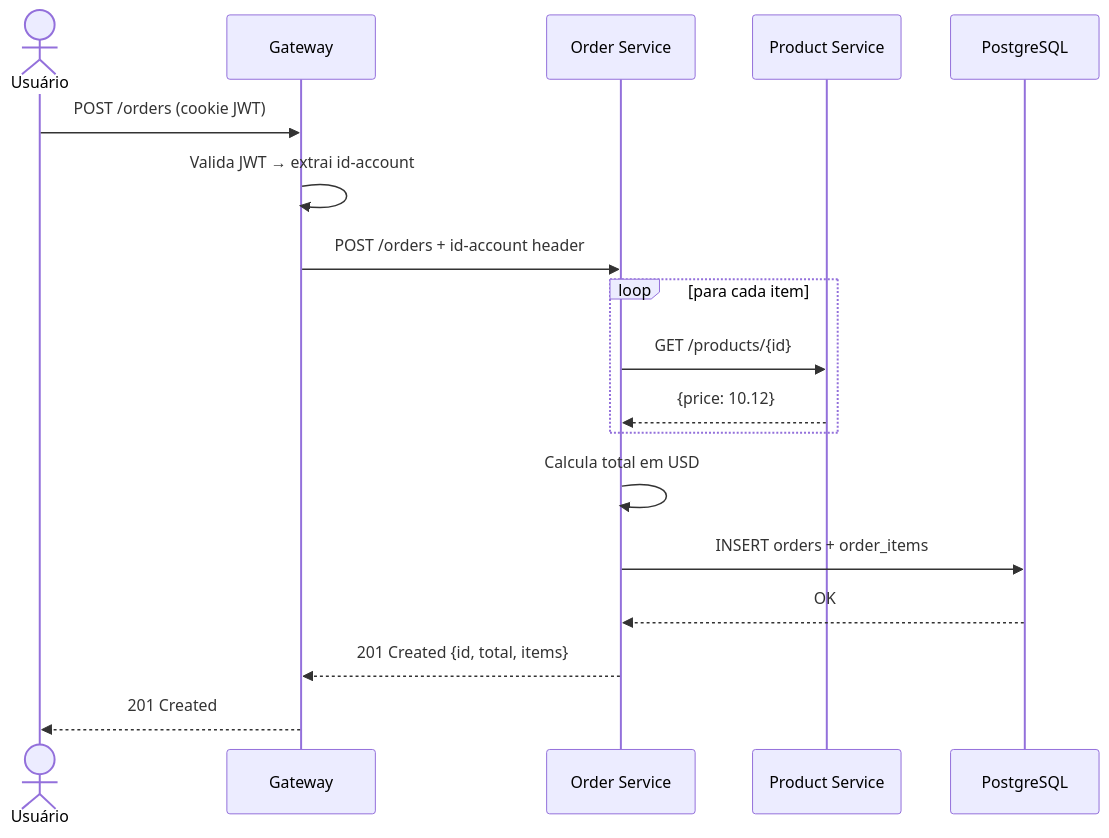
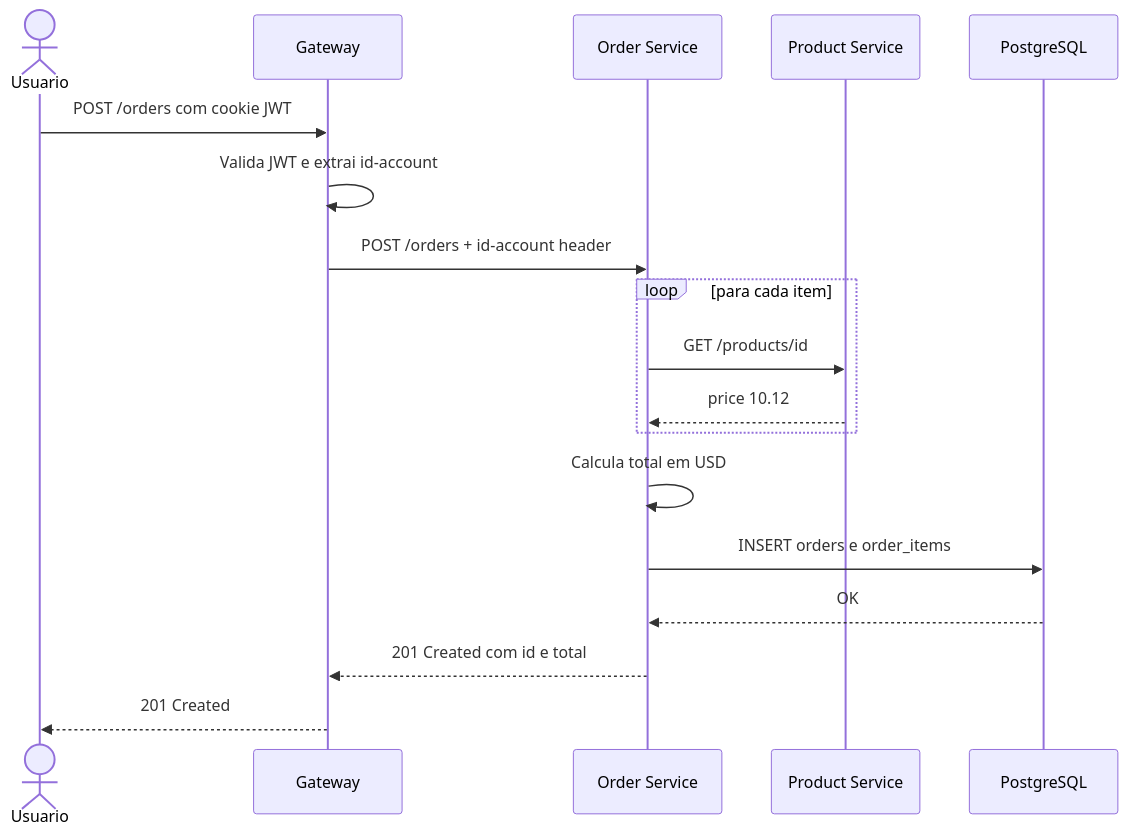
One commit to microservice-henry/pma.26.1 changed the third of 5 diagrams in docs/architecture.md. Above: the diagram before and after it, drawn with Mermaid. The commit also changed other lines of this file and 3 other files, not shown here.

Commit message:
fix: mermaid syntax errors and grey theme

````diff
--- a/docs/architecture.md
+++ b/docs/architecture.md
@@ -72,23 +72,23 @@
 ```mermaid
 sequenceDiagram
-    actor U as Usuário
+    actor U as Usuario
     participant GW as Gateway
     participant OS as Order Service
     participant PS as Product Service
     participant DB as PostgreSQL
 
-    U->>GW: POST /orders (cookie JWT)
-    GW->>GW: Valida JWT → extrai id-account
+    U->>GW: POST /orders com cookie JWT
+    GW->>GW: Valida JWT e extrai id-account
     GW->>OS: POST /orders + id-account header
 
     loop para cada item
-        OS->>PS: GET /products/{id}
-        PS-->>OS: {price: 10.12}
+        OS->>PS: GET /products/id
+        PS-->>OS: price 10.12
     end
 
     OS->>OS: Calcula total em USD
-    OS->>DB: INSERT orders + order_items
+    OS->>DB: INSERT orders e order_items
     DB-->>OS: OK
-    OS-->>GW: 201 Created {id, total, items}
+    OS-->>GW: 201 Created com id e total
     GW-->>U: 201 Created
 ```
````
